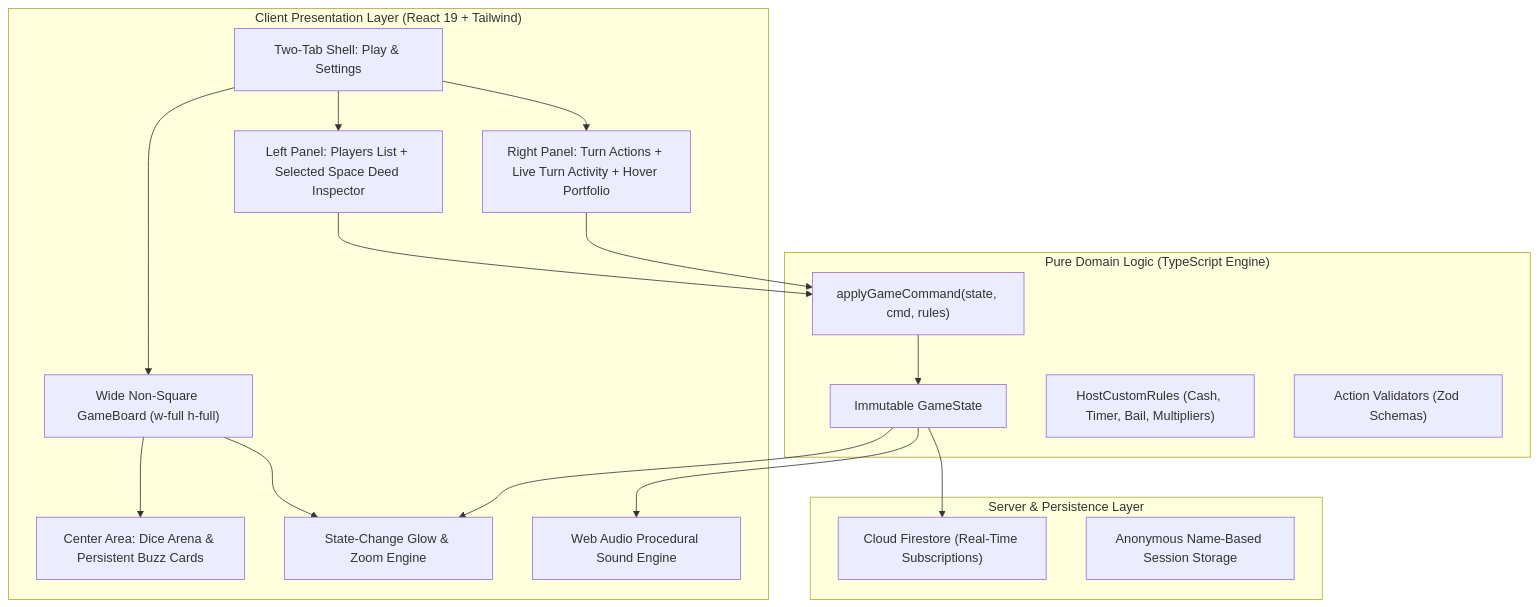
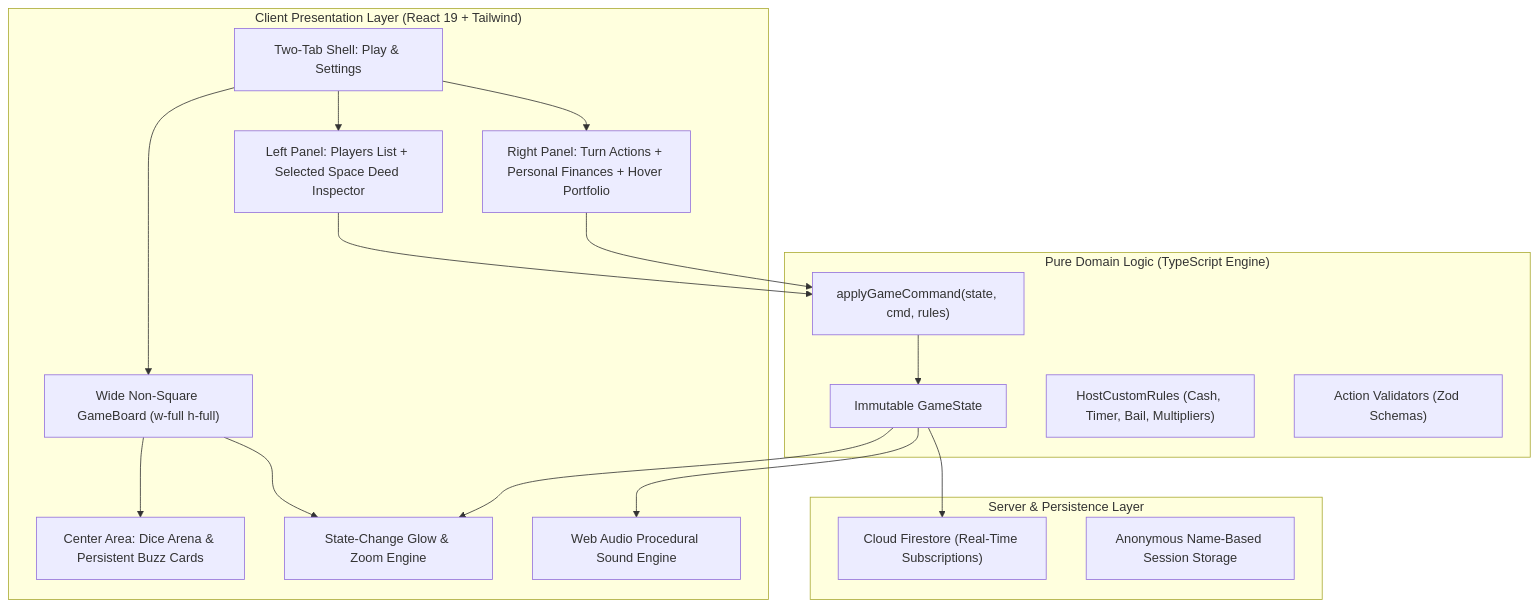
One commit to K-692/Monopoly-India-Game changed the diagram in README.md. Above: the diagram before and after it, drawn with Mermaid. The commit also changed other lines of this file and 5 other files, not shown here.

````diff
--- a/README.md
+++ b/README.md
@@ -96,36 +99,36 @@
 ```mermaid
 flowchart TD
     subgraph Client ["Client Presentation Layer (React 19 + Tailwind)"]
         UI["Two-Tab Shell: Play & Settings"]
         LeftPanel["Left Panel: Players List + Selected Space Deed Inspector"]
         Board["Wide Non-Square GameBoard (w-full h-full)"]
         Center["Center Area: Dice Arena & Persistent Buzz Cards"]
-        RightPanel["Right Panel: Turn Actions + Live Turn Activity + Hover Portfolio"]
+        RightPanel["Right Panel: Turn Actions + Personal Finances + Hover Portfolio"]
         Glow["State-Change Glow & Zoom Engine"]
         Sound["Web Audio Procedural Sound Engine"]
     end
 
     subgraph Domain ["Pure Domain Logic (TypeScript Engine)"]
         State["Immutable GameState"]
         Reducer["applyGameCommand(state, cmd, rules)"]
         Rules["HostCustomRules (Cash, Timer, Bail, Multipliers)"]
         Validation["Action Validators (Zod Schemas)"]
     end
 
     subgraph Backend ["Server & Persistence Layer"]
         Firestore["Cloud Firestore (Real-Time Subscriptions)"]
         Auth["Anonymous Name-Based Session Storage"]
     end
 
     UI --> LeftPanel
     UI --> Board
     UI --> RightPanel
     Board --> Center
     Board --> Glow
     LeftPanel --> Reducer
     RightPanel --> Reducer
     Reducer --> State
     State --> Glow
     State --> Sound
     State --> Firestore
 ```
````
